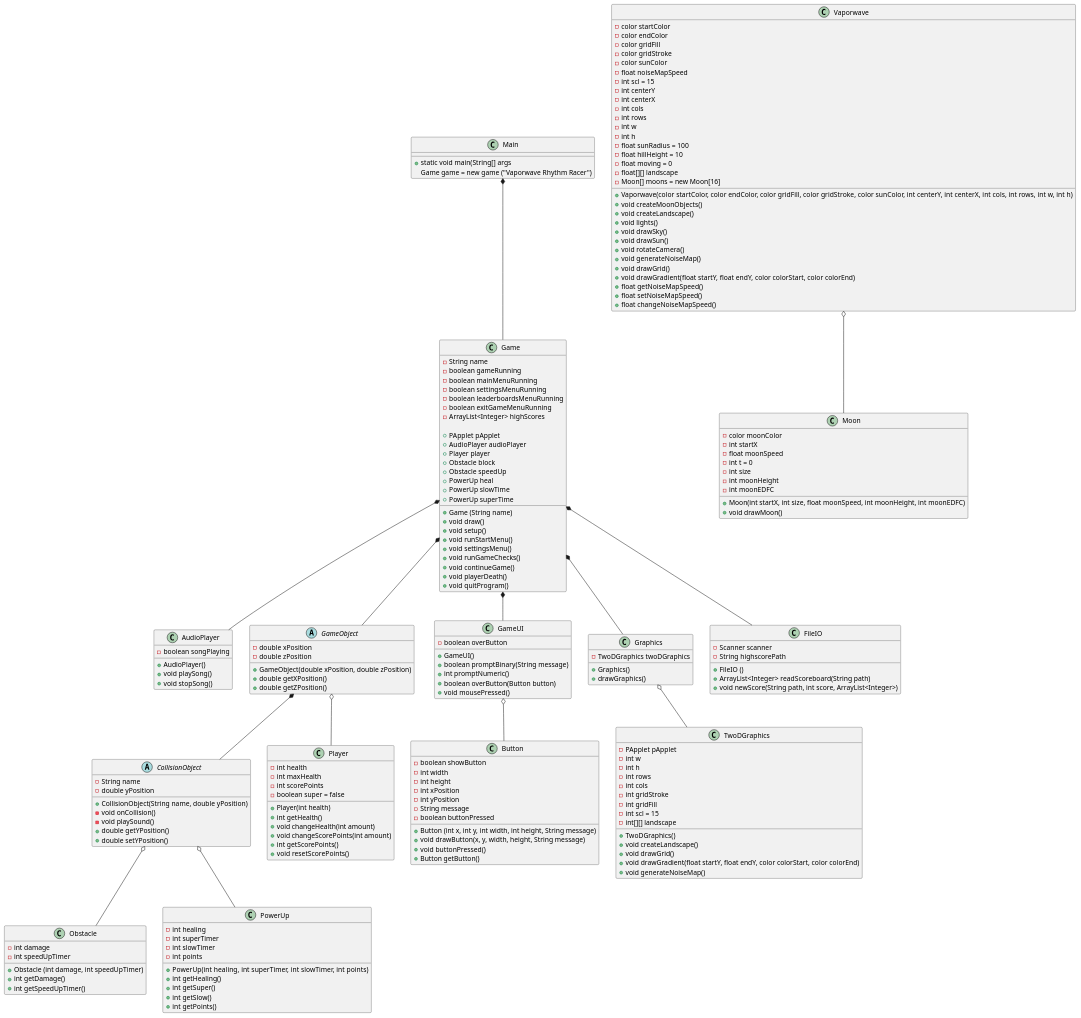
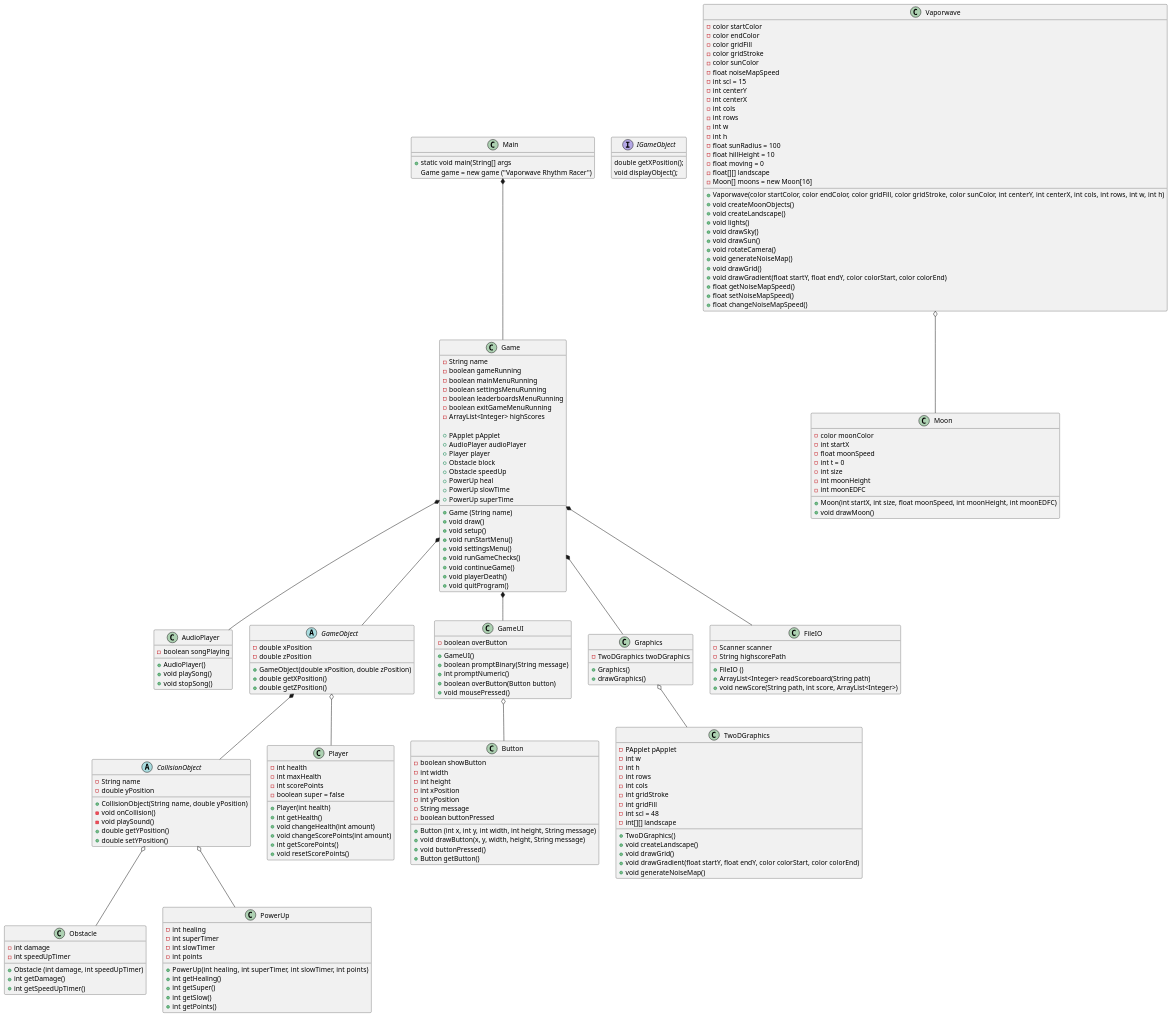
The diagram in doc/Plan/static/classdiagram.puml (Gervig/Vaporwave-Rhythm-Racer), drawn with PlantUML before and after one commit. The commit also changed 10 other files, not shown here.

```diff
--- a/doc/Plan/static/classdiagram.puml
+++ b/doc/Plan/static/classdiagram.puml
@@ -48,6 +48,11 @@
 + AudioPlayer()
 + void playSong()
 + void stopSong()
+}
+
+interface IGameObject{
+double getXPosition();
+void displayObject();
 }
 
 'creates different obstacles
@@ -201,7 +206,7 @@
 - int cols
 - int gridStroke
 - int gridFill
-- int scl = 15
+- int scl = 48
 - int[][] landscape
 'constructor
 + TwoDGraphics()
```
